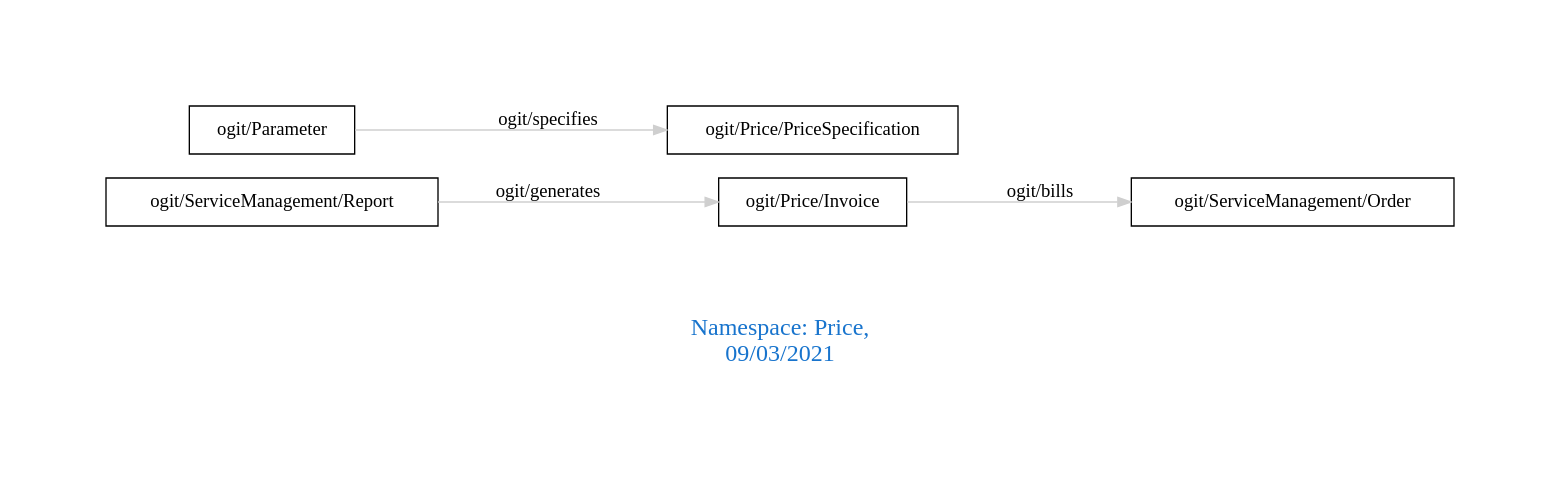
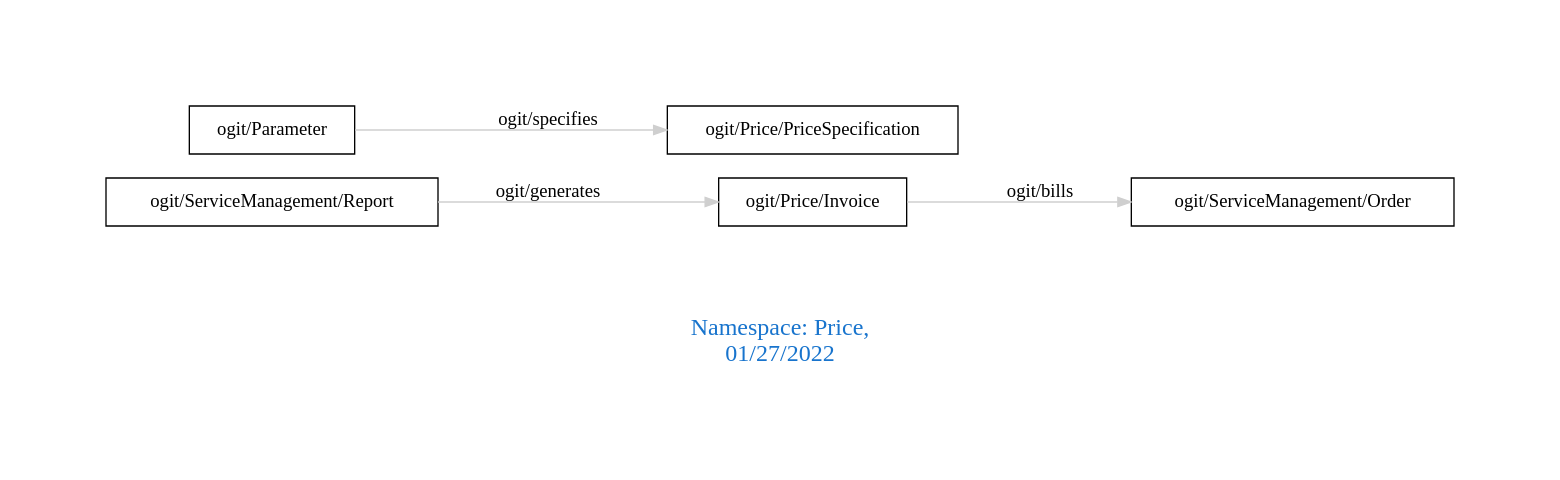
The diagram in downloads/Price.dot (arago/OGIT), drawn with Graphviz before and after one commit. The commit also changed 1937 other files, not shown here.

```diff
--- a/downloads/Price.dot
+++ b/downloads/Price.dot
@@ -1,11 +1,11 @@
 digraph OGIT_ontology {
  graph [ rankdir= LR,pad=1 
 fontsize = 18,
-fontcolor= dodgerblue3,label = "\n\n\nNamespace: Price, \n 09/03/2021"];
+fontcolor= dodgerblue3,label = "\n\n\nNamespace: Price, \n 01/27/2022"];
 node[shape=polygon];
 edge [  color="gray81"];
 
    "ogit/Price/Invoice" -> "ogit/ServiceManagement/Order" [label="   ogit/bills    "];
    "ogit/ServiceManagement/Report" -> "ogit/Price/Invoice" [label="   ogit/generates    "];
    "ogit/Parameter" -> "ogit/Price/PriceSpecification" [label="   ogit/specifies    "];
 }
```
